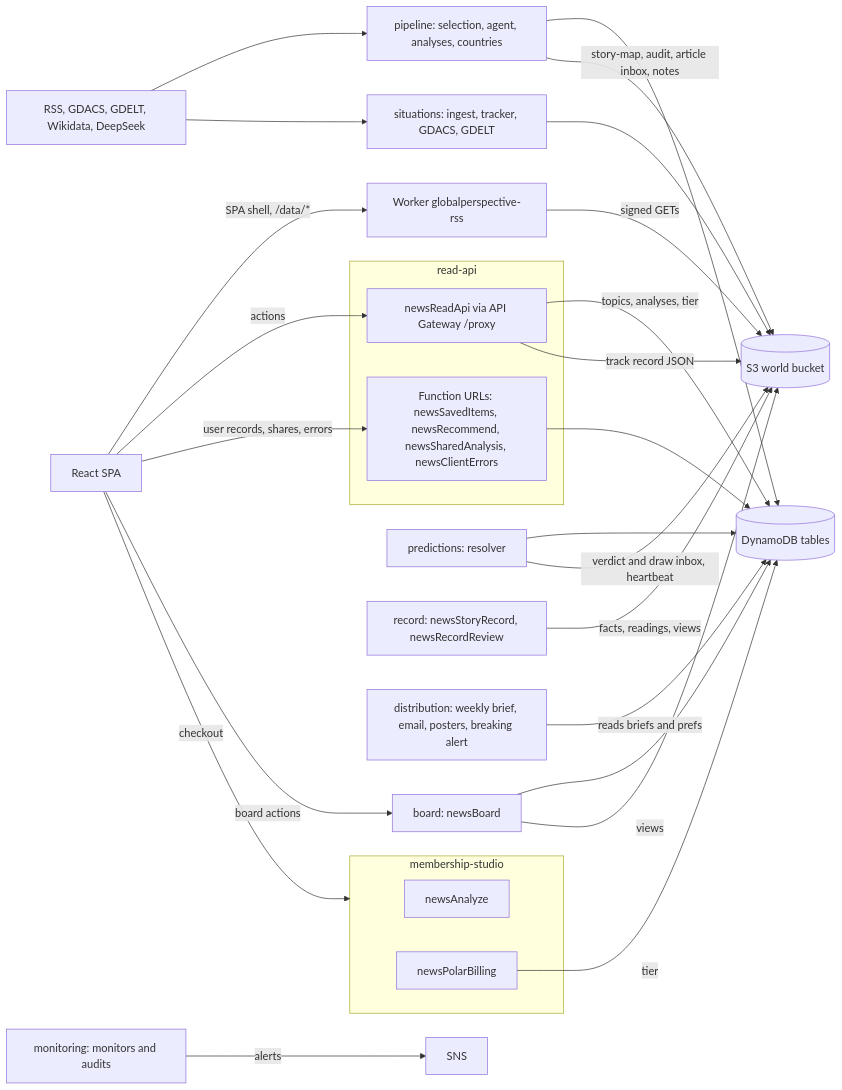
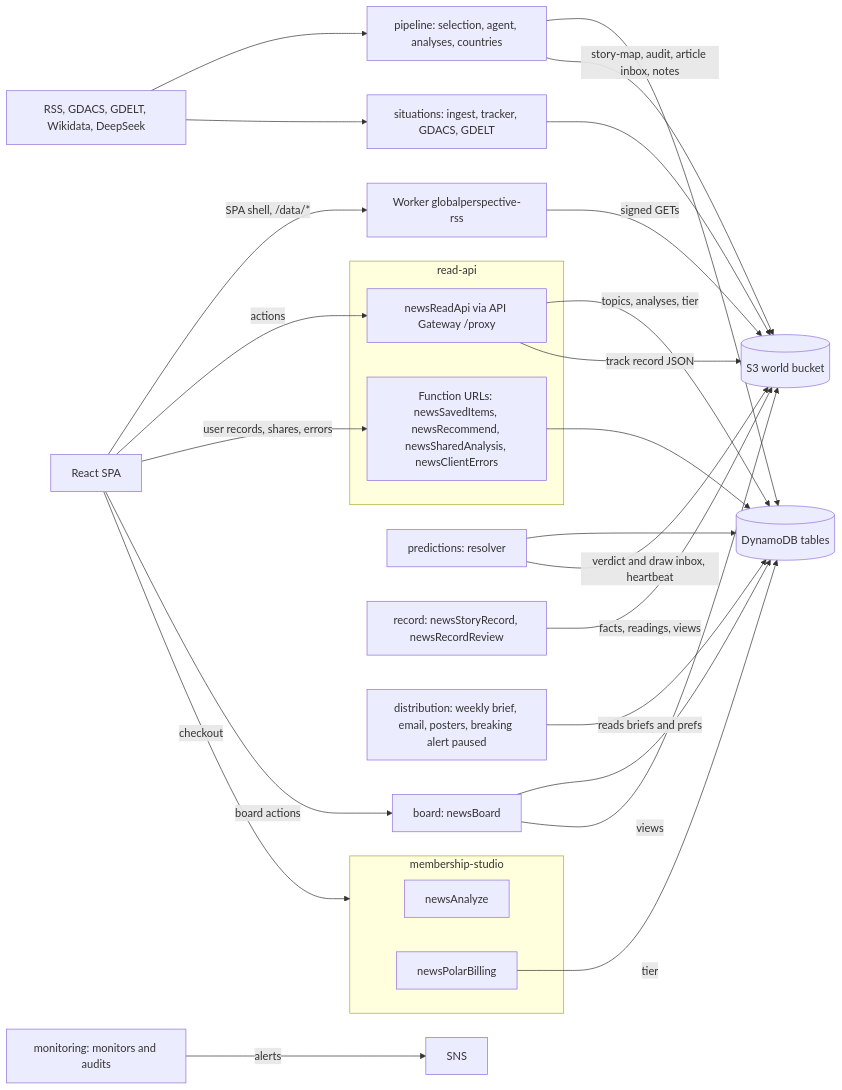
Before and after one commit to BenBen05059997/globalPerspective-v1: the second of 7 diagrams in project-docs/architecture/ARCHITECTURE.md, drawn with Mermaid. The commit also changed other lines of this file and 4 other files, not shown here.

First line of the commit message:
Docs: architecture, ops, START_HERE and STEP5_AUDIT for the 2026-11-06 alert and schedule changes

````diff
--- a/project-docs/architecture/ARCHITECTURE.md
+++ b/project-docs/architecture/ARCHITECTURE.md
@@ -53,45 +53,45 @@
 ```mermaid
 flowchart LR
   spa[React SPA]
   worker[Worker globalperspective-rss]
   subgraph read[read-api]
     proxy[newsReadApi via API Gateway /proxy]
     fn[Function URLs: newsSavedItems, newsRecommend, newsSharedAnalysis, newsClientErrors]
   end
   board[board: newsBoard]
   subgraph member[membership-studio]
     ana[newsAnalyze]
     bill[newsPolarBilling]
   end
   pipe[pipeline: selection, agent, analyses, countries]
   sit[situations: ingest, tracker, GDACS, GDELT]
   pred[predictions: resolver]
   rec[record: newsStoryRecord, newsRecordReview]
-  dist[distribution: weekly brief, email, posters, breaking alert]
+  dist[distribution: weekly brief, email, posters, breaking alert paused]
   mon[monitoring: monitors and audits]
   ddb[(DynamoDB tables)]
   s3[(S3 world bucket)]
   ext[RSS, GDACS, GDELT, Wikidata, DeepSeek]
   spa -->|SPA shell, /data/*| worker
   worker -->|signed GETs| s3
   spa -->|actions| proxy
   spa -->|user records, shares, errors| fn
   spa -->|board actions| board
   spa -->|checkout| member
   proxy -->|topics, analyses, tier| ddb
   proxy -->|track record JSON| s3
   fn --> ddb
   board --> ddb
   board -->|views| s3
   bill -->|tier| ddb
   ext --> pipe
   ext --> sit
   pipe --> ddb
   pipe -->|story-map, audit, article inbox, notes| s3
   sit --> s3
   pred --> ddb
   pred -->|verdict and draw inbox, heartbeat| s3
   rec -->|facts, readings, views| s3
   dist -->|reads briefs and prefs| ddb
   mon -->|alerts| sns[SNS]
 ```
````
